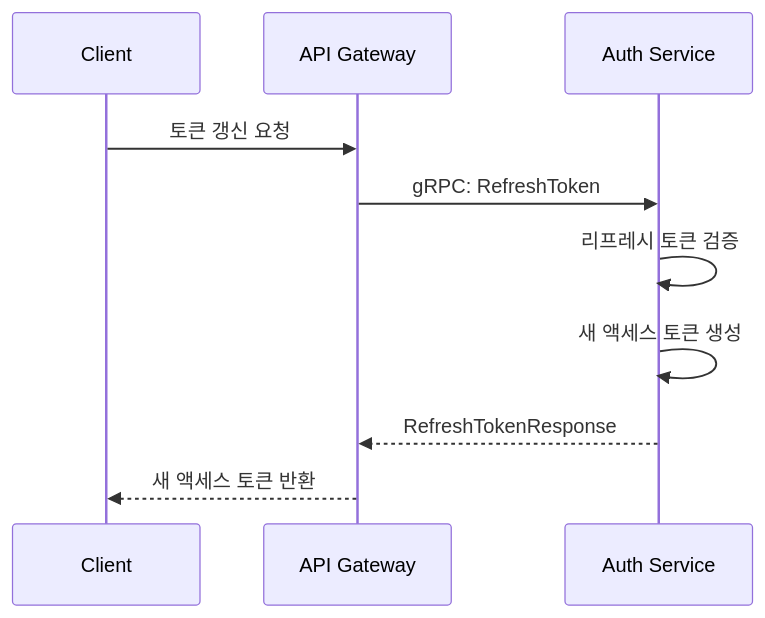
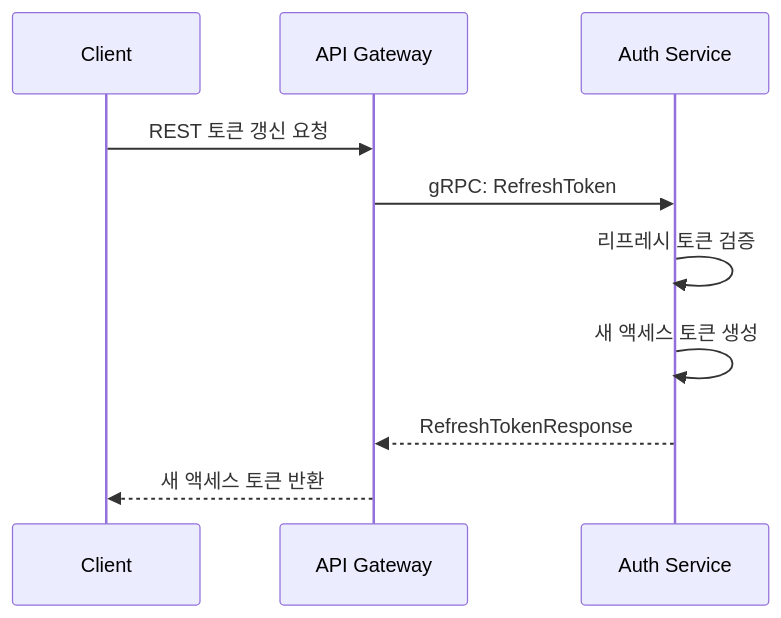
One commit to sukryu/IV-auth-service changed the second of 2 diagrams in README.md. Above: the diagram before and after it, drawn with Mermaid. The commit also changed other lines of this file and 55 other files, not shown here.

````diff
--- a/README.md
+++ b/README.md
@@ -215,9 +293,9 @@
 ```mermaid
 sequenceDiagram
-    Client->>API Gateway: 토큰 갱신 요청
+    Client->>API Gateway: REST 토큰 갱신 요청
     API Gateway->>Auth Service: gRPC: RefreshToken
     Auth Service->>Auth Service: 리프레시 토큰 검증
     Auth Service->>Auth Service: 새 액세스 토큰 생성
     Auth Service-->>API Gateway: RefreshTokenResponse
     API Gateway-->>Client: 새 액세스 토큰 반환
 ```
````
